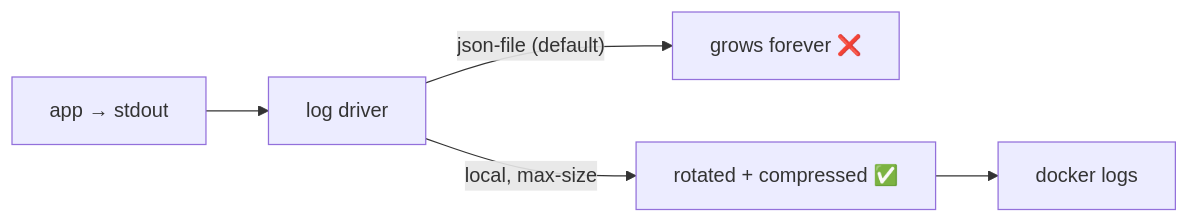
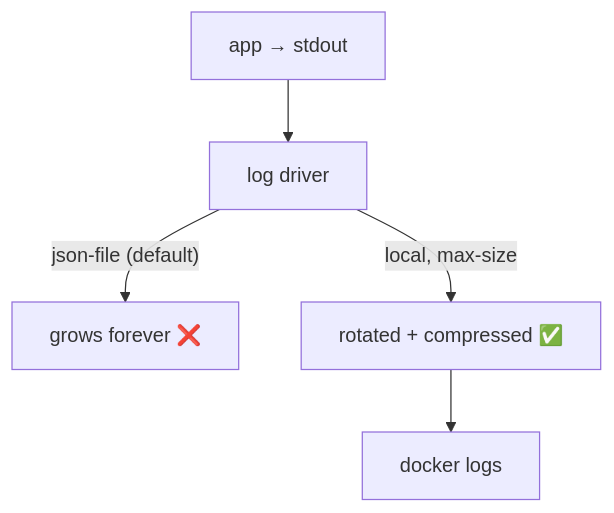
Before and after one commit to wesamkhateeb98-creator/docker-zero-to-production: the diagram in docs/07-deployment/30-logging.md, drawn with Mermaid. The commit also changed 8 other files, not shown here.

First line of the commit message:
Narrow wide diagrams in docs so they stay readable on GitHub

````diff
--- a/docs/07-deployment/30-logging.md
+++ b/docs/07-deployment/30-logging.md
@@ -8,7 +8,7 @@
 ```mermaid
-flowchart LR
+flowchart TB
     A["app → stdout"] --> D["log driver"]
     D -->|"json-file (default)"| J["grows forever ❌"]
     D -->|"local, max-size"| L["rotated + compressed ✅"]
     L --> V["docker logs"]
 ```
````
